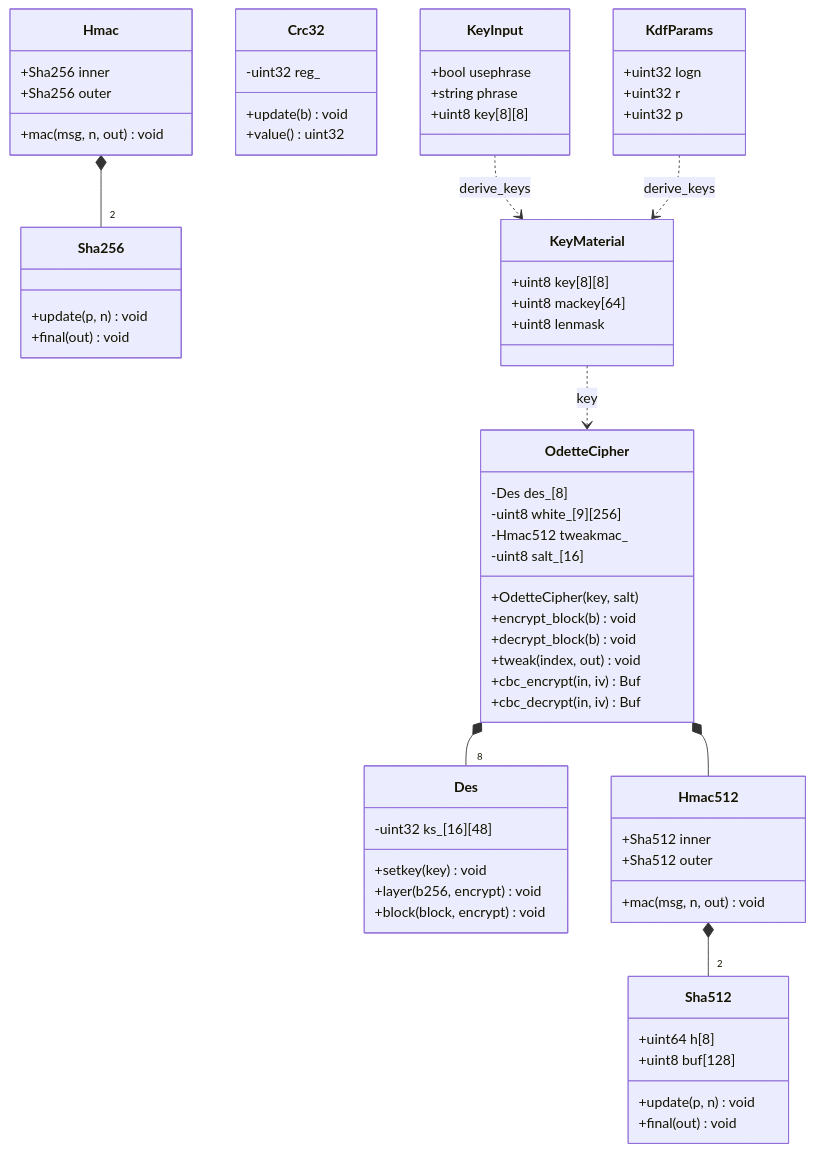
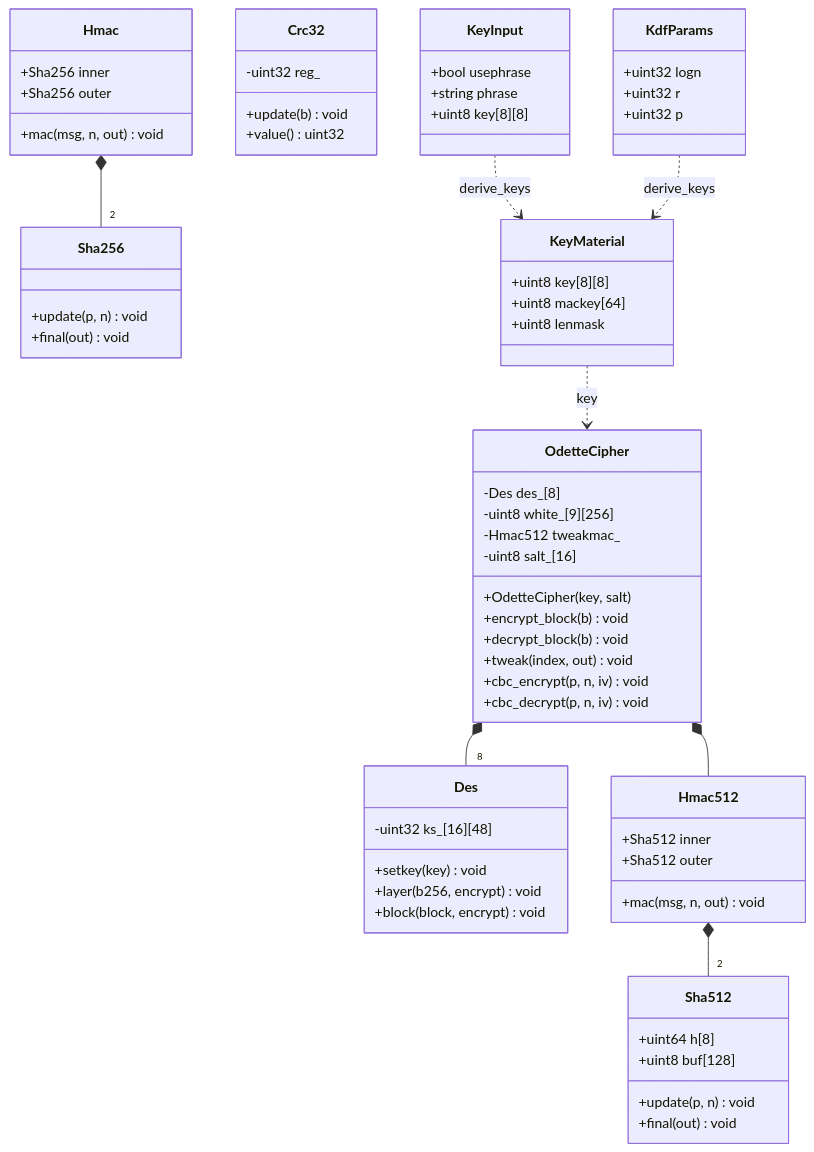
Before and after one commit to avw1ein/sillydes: the second of 10 diagrams in STRUCTURE.md, drawn with Mermaid. The commit also changed other lines of this file and 10 other files, not shown here.

````diff
--- a/STRUCTURE.md
+++ b/STRUCTURE.md
@@ -79,69 +79,69 @@
 ```mermaid
 classDiagram
     class OdetteCipher {
         -Des des_[8]
         -uint8 white_[9][256]
         -Hmac512 tweakmac_
         -uint8 salt_[16]
         +OdetteCipher(key, salt)
         +encrypt_block(b) void
         +decrypt_block(b) void
         +tweak(index, out) void
-        +cbc_encrypt(in, iv) Buf
-        +cbc_decrypt(in, iv) Buf
+        +cbc_encrypt(p, n, iv) void
+        +cbc_decrypt(p, n, iv) void
     }
     class Des {
         -uint32 ks_[16][48]
         +setkey(key) void
         +layer(b256, encrypt) void
         +block(block, encrypt) void
     }
     class Sha512 {
         +uint64 h[8]
         +uint8 buf[128]
         +update(p, n) void
         +final(out) void
     }
     class Hmac512 {
         +Sha512 inner
         +Sha512 outer
         +mac(msg, n, out) void
     }
     class Sha256 {
         +update(p, n) void
         +final(out) void
     }
     class Hmac {
         +Sha256 inner
         +Sha256 outer
         +mac(msg, n, out) void
     }
     class Crc32 {
         -uint32 reg_
         +update(b) void
         +value() uint32
     }
     class KeyInput {
         +bool usephrase
         +string phrase
         +uint8 key[8][8]
     }
     class KeyMaterial {
         +uint8 key[8][8]
         +uint8 mackey[64]
         +uint8 lenmask
     }
     class KdfParams {
         +uint32 logn
         +uint32 r
         +uint32 p
     }
 
     OdetteCipher *-- "8" Des
     OdetteCipher *-- Hmac512
     Hmac512 *-- "2" Sha512
     Hmac *-- "2" Sha256
     KeyInput ..> KeyMaterial : derive_keys
     KdfParams ..> KeyMaterial : derive_keys
     KeyMaterial ..> OdetteCipher : key
 ```
````
